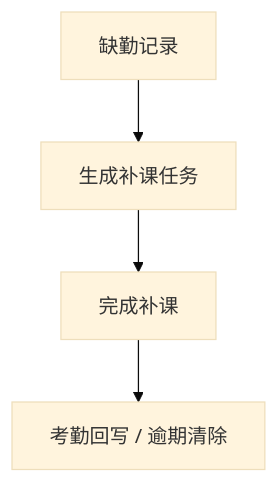
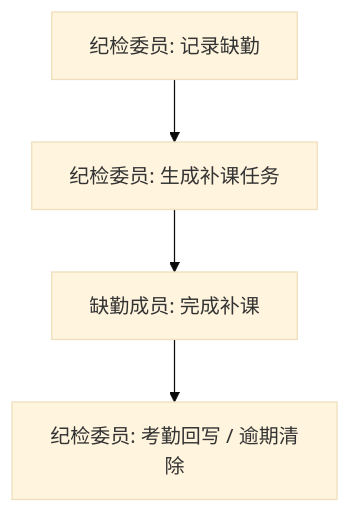
Diagram 12 of 15 in content/03_doc_system/FUNCTION_MAP.md (czhgo/GSM1921-SOP), drawn with Mermaid (base theme) before and after one commit. The commit also changed other lines of this file and 183 other files, not shown here.

Commit message:
feat(flow): 业务链路角色化 FLOW_LINKS 12 条 + help 架构叙事对齐 + catalog 整合 (T6/T7/T8, 20260901h to i, 87/87)

````diff
--- a/content/03_doc_system/FUNCTION_MAP.md
+++ b/content/03_doc_system/FUNCTION_MAP.md
@@ -108,6 +167,6 @@
 ```mermaid
 flowchart TD
-A[缺勤记录] --> B[生成补课任务]
-B --> C[完成补课]
-C --> D[考勤回写 / 逾期清除]
+A[纪检委员: 记录缺勤] --> B[纪检委员: 生成补课任务]
+B --> C[缺勤成员: 完成补课]
+C --> D[纪检委员: 考勤回写 / 逾期清除]
 ```
````
